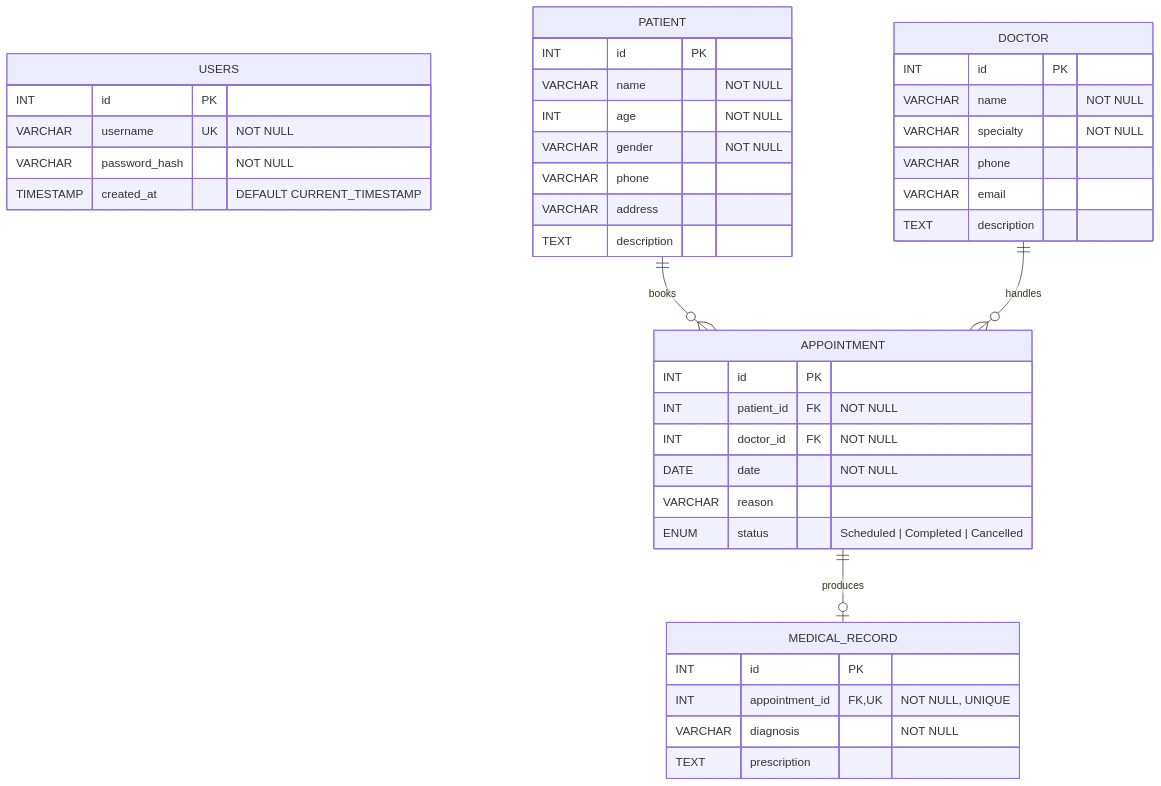
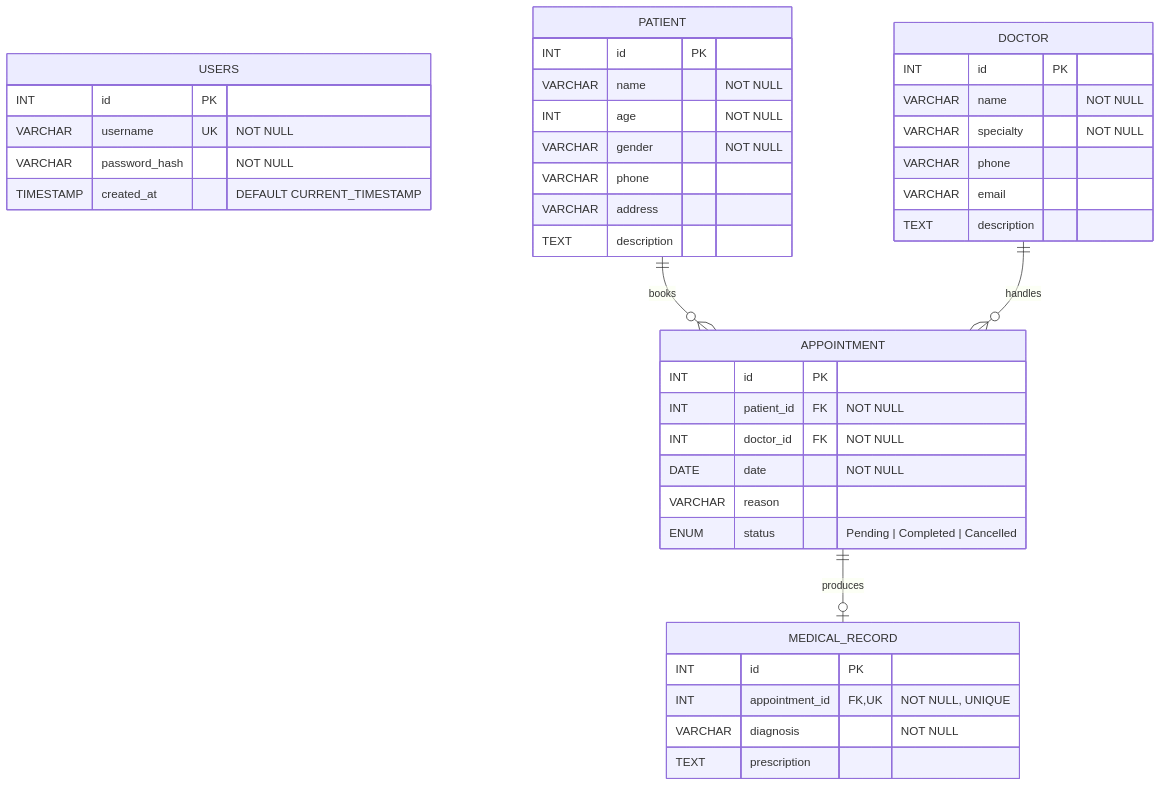
Before and after one commit to shrs425p/Patient-Record-System: the diagram in database/ER_DIAGRAM.md, drawn with Mermaid. The commit also changed 12 other files, not shown here.

````diff
--- a/database/ER_DIAGRAM.md
+++ b/database/ER_DIAGRAM.md
@@ -5,48 +5,48 @@
 ```mermaid
 erDiagram
     USERS {
         INT id PK
         VARCHAR username UK "NOT NULL"
         VARCHAR password_hash "NOT NULL"
         TIMESTAMP created_at "DEFAULT CURRENT_TIMESTAMP"
     }
 
     PATIENT {
         INT id PK
         VARCHAR name "NOT NULL"
         INT age "NOT NULL"
         VARCHAR gender "NOT NULL"
         VARCHAR phone
         VARCHAR address
         TEXT description
     }
 
     DOCTOR {
         INT id PK
         VARCHAR name "NOT NULL"
         VARCHAR specialty "NOT NULL"
         VARCHAR phone
         VARCHAR email
         TEXT description
     }
 
     APPOINTMENT {
         INT id PK
         INT patient_id FK "NOT NULL"
         INT doctor_id FK "NOT NULL"
         DATE date "NOT NULL"
         VARCHAR reason
-        ENUM status "Scheduled | Completed | Cancelled"
+        ENUM status "Pending | Completed | Cancelled"
     }
 
     MEDICAL_RECORD {
         INT id PK
         INT appointment_id FK, UK "NOT NULL, UNIQUE"
         VARCHAR diagnosis "NOT NULL"
         TEXT prescription
     }
 
     PATIENT ||--o{ APPOINTMENT : books
     DOCTOR ||--o{ APPOINTMENT : handles
     APPOINTMENT ||--o| MEDICAL_RECORD : produces
 ```
````
